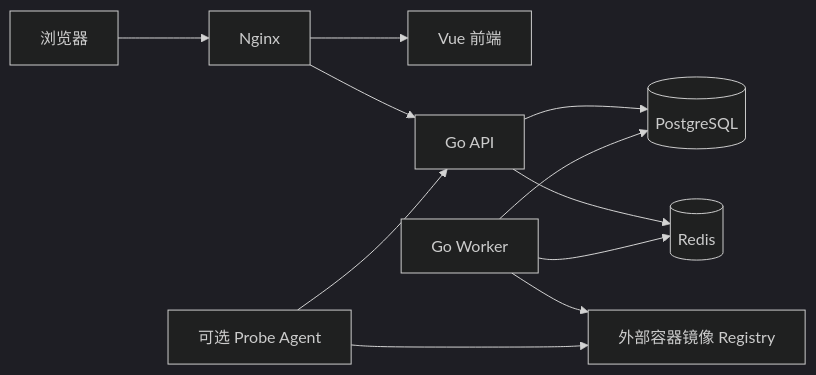
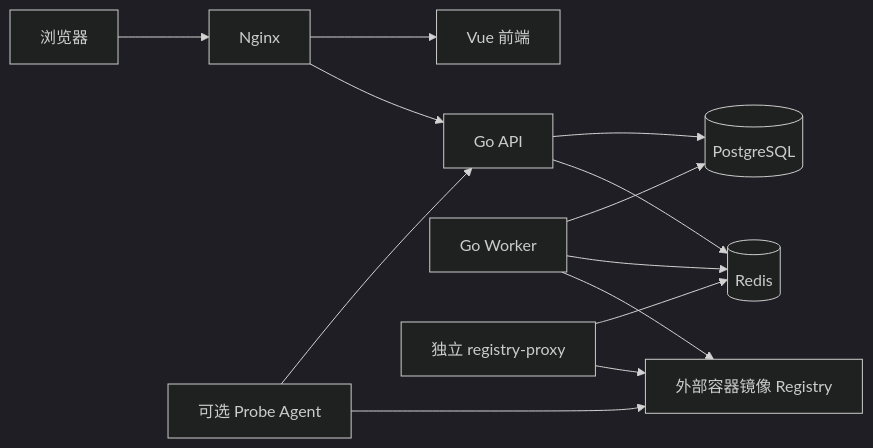
The diagram in README.md (ouoo-code/RegistryPulse), drawn with Mermaid (dark theme) before and after one commit. The commit also changed other lines of this file and 31 other files, not shown here.

```diff
--- a/README.md
+++ b/README.md
@@ -40,13 +40,15 @@
 ~~~mermaid
 flowchart LR
     Browser[浏览器] --> Nginx[Nginx]
     Nginx --> Frontend[Vue 前端]
     Nginx --> API[Go API]
     API --> PostgreSQL[(PostgreSQL)]
     API --> Redis[(Redis)]
     Worker[Go Worker] --> PostgreSQL
     Worker --> Redis
     Worker --> Registry[外部容器镜像 Registry]
     Agent[可选 Probe Agent] --> API
     Agent --> Registry
+    Proxy[独立 registry-proxy] --> Redis
+    Proxy --> Registry
 ~~~
```
